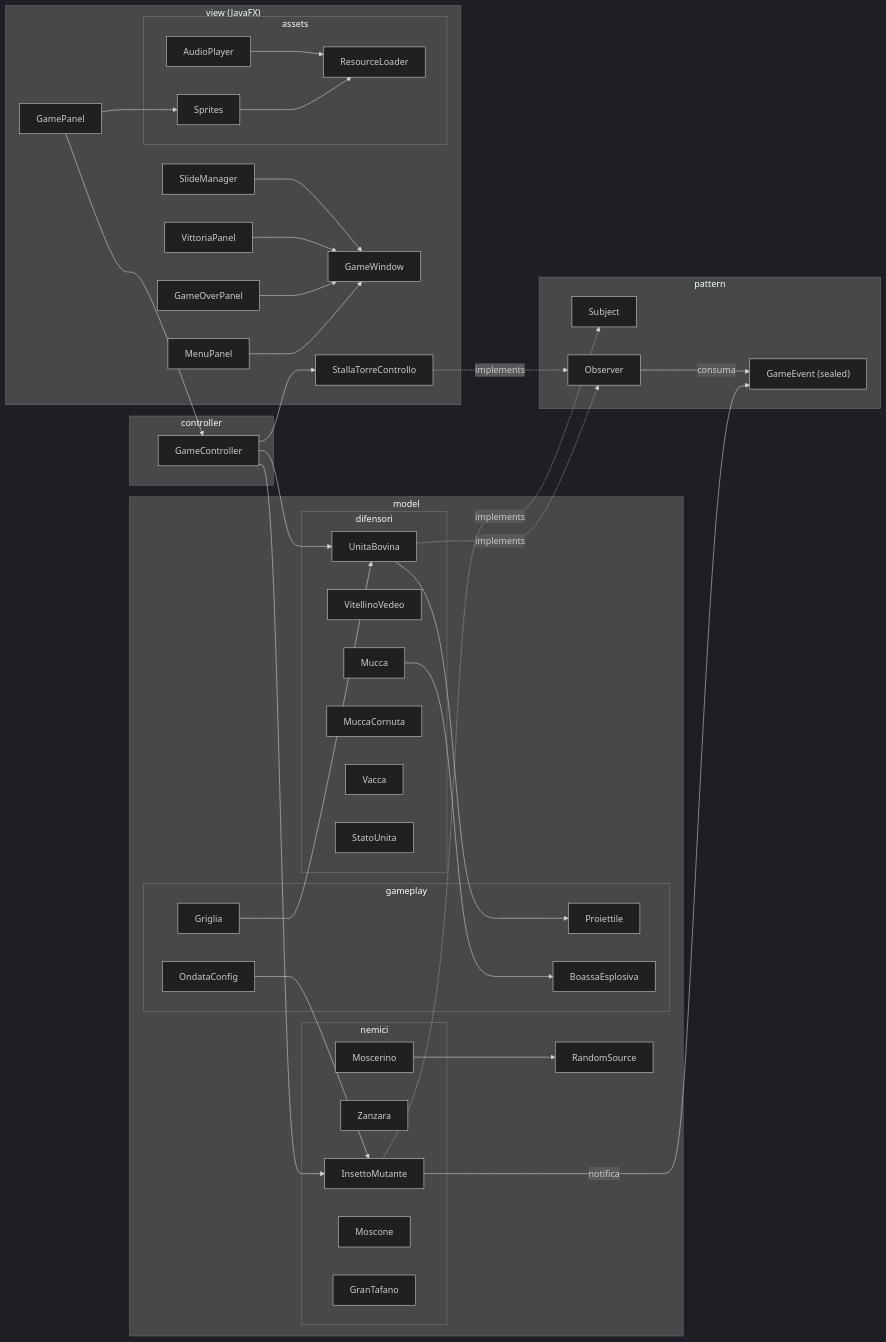
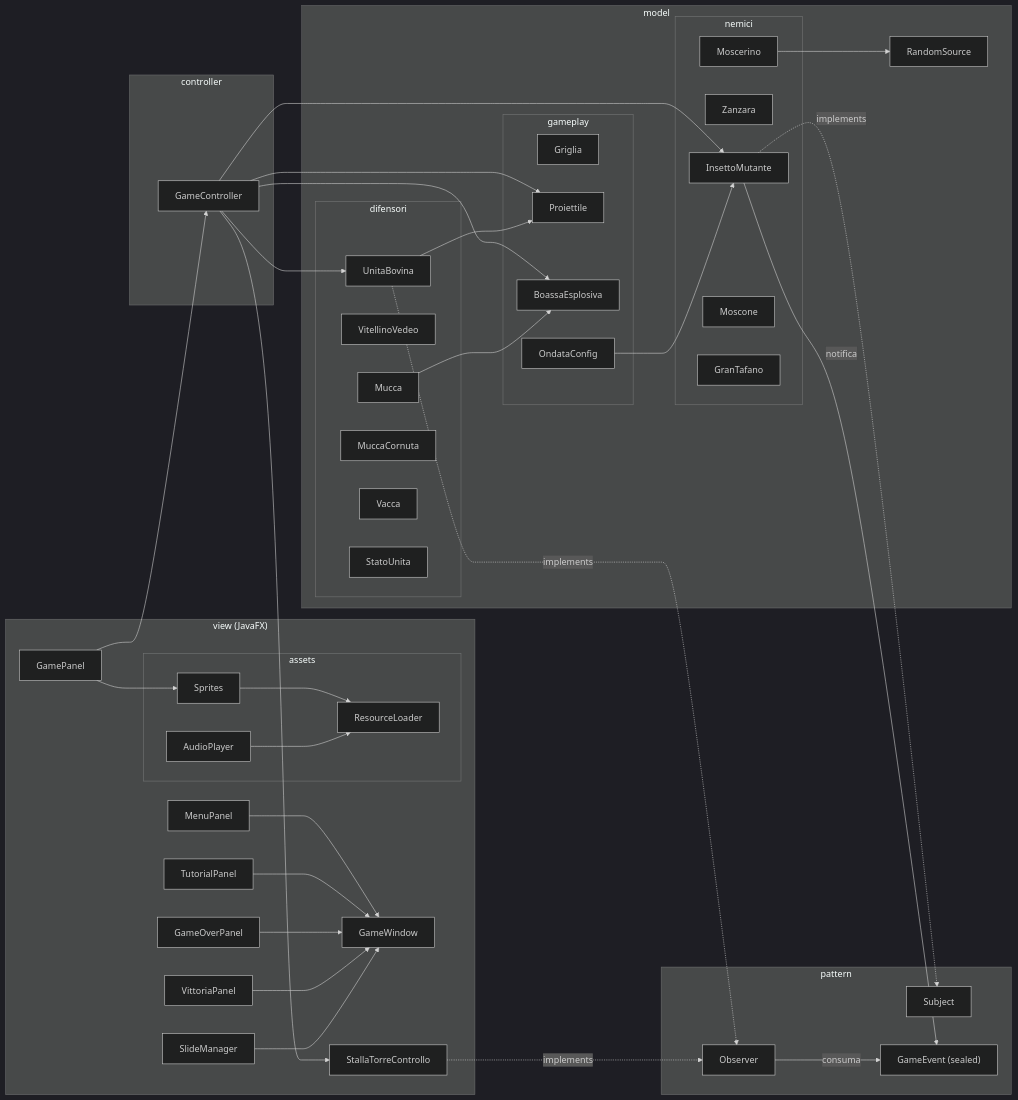
One commit to samuele-brusegan/mucche-alla-riscossa changed the first of 7 diagrams in docs/CODEBASE.md. Above: the diagram before and after it, drawn with Mermaid (dark theme). The commit also changed other lines of this file and 2 other files, not shown here.

````diff
--- a/docs/CODEBASE.md
+++ b/docs/CODEBASE.md
@@ -96,74 +107,77 @@
 ```mermaid
 flowchart LR
     subgraph view["view (JavaFX)"]
         GW[GameWindow]
         MP[MenuPanel]
+        TP[TutorialPanel]
         GP[GamePanel]
         GOP[GameOverPanel]
         VP[VittoriaPanel]
         SM[SlideManager]
         ST[StallaTorreControllo]
         subgraph assets
             RL[ResourceLoader]
             SP[Sprites]
             AP[AudioPlayer]
         end
     end
 
     subgraph controller
         GC[GameController]
     end
 
     subgraph model
         subgraph difensori
             UB[UnitaBovina]
             V1[VitellinoVedeo]
             MC[Mucca]
             MK[MuccaCornuta]
             VK[Vacca]
             SU[StatoUnita]
         end
         subgraph nemici
             IM[InsettoMutante]
             Z[Zanzara]
             ME[Moscerino]
             MO[Moscone]
             GT[GranTafano]
         end
         subgraph gameplay
             GR[Griglia]
             PR[Proiettile]
             BO[BoassaEsplosiva]
             OC[OndataConfig]
         end
         RS[RandomSource]
     end
 
     subgraph pattern
         SUB[Subject]
         OBS[Observer]
         GE["GameEvent (sealed)"]
     end
 
     GP --> GC
     GP --> SP
     MP --> GW
+    TP --> GW
     GOP --> GW
     VP --> GW
     SM --> GW
     GC --> ST
     GC --> UB
     GC --> IM
+    GC --> PR
+    GC --> BO
     IM -.implements.-> SUB
     UB -.implements.-> OBS
     ST -.implements.-> OBS
     IM -- notifica --> GE
     OBS -- consuma --> GE
     OC --> IM
-    GR --> UB
     UB --> PR
     MC --> BO
     ME --> RS
     SP --> RL
     AP --> RL
 ```
````
